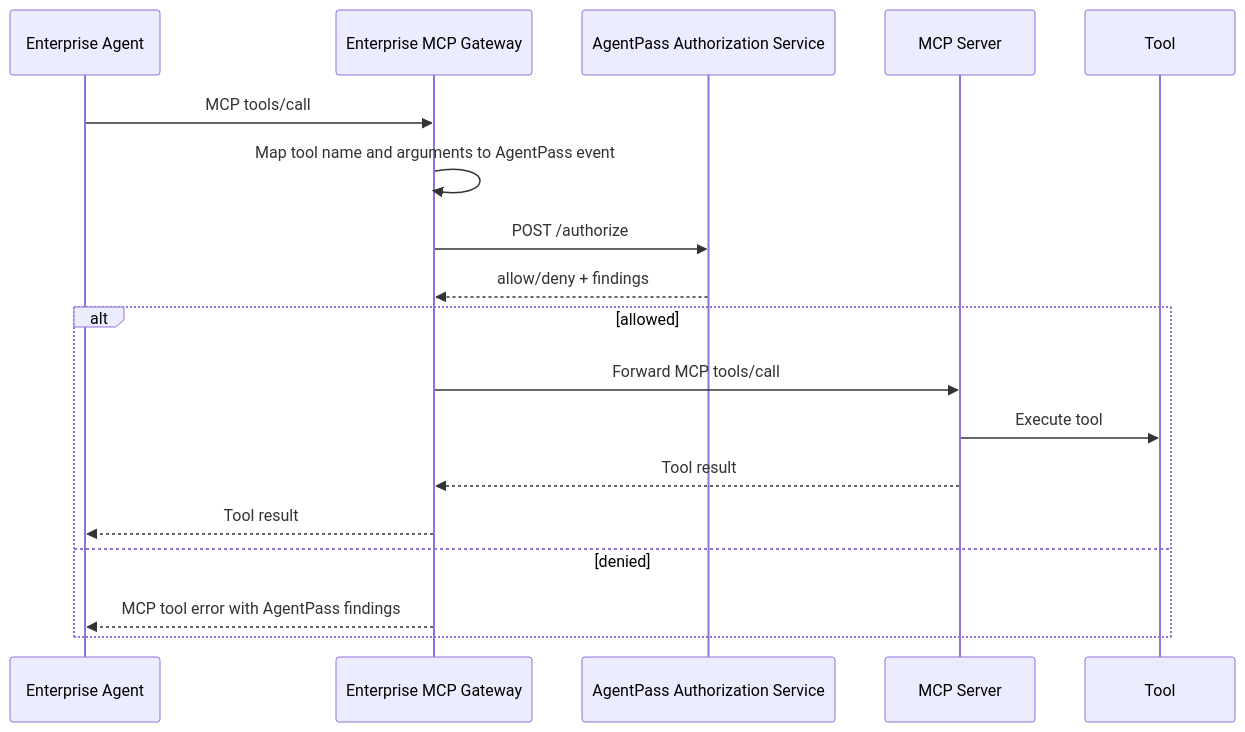
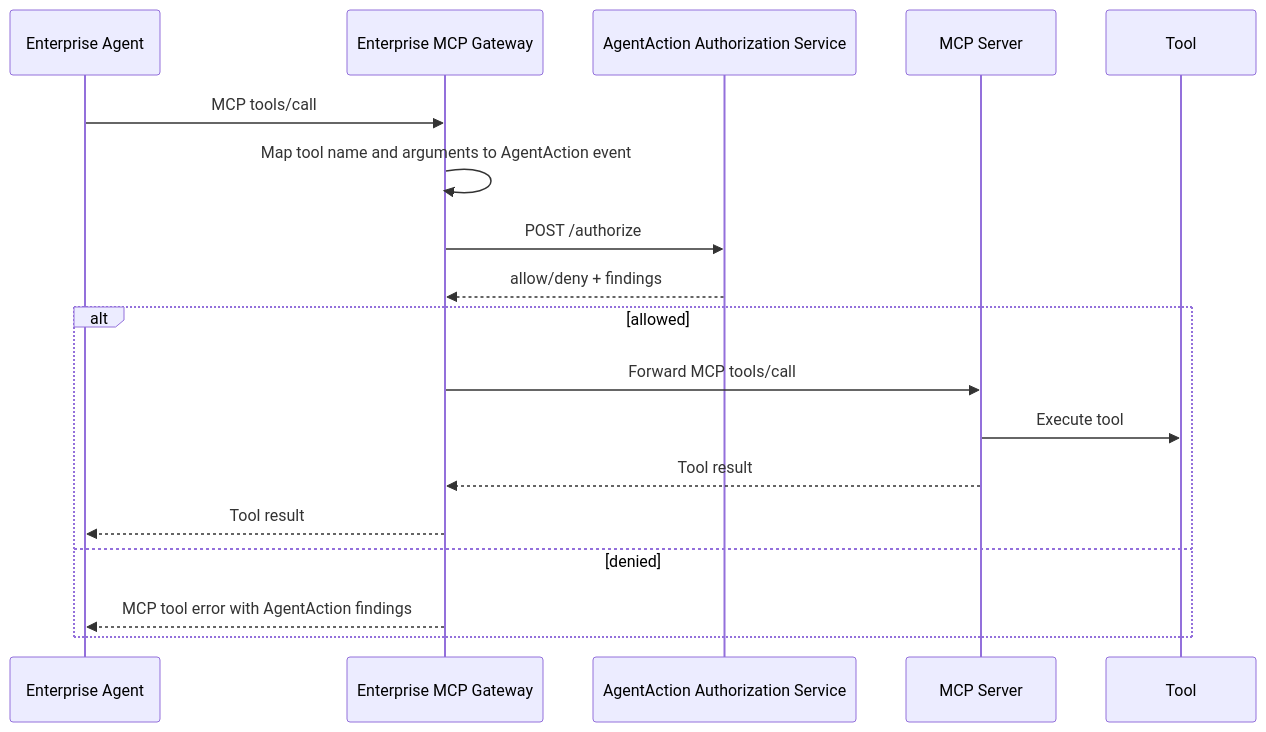
The diagram in docs/mcp-gateway-integration.md (dinpd/AgentAction), drawn with Mermaid before and after one commit. The commit also changed other lines of this file and 174 other files, not shown here.

Commit message:
Rename project to AgentAction (#106) (#107)

````diff
--- a/docs/mcp-gateway-integration.md
+++ b/docs/mcp-gateway-integration.md
@@ -37,21 +37,21 @@
 ```mermaid
 sequenceDiagram
     participant Agent as Enterprise Agent
     participant MCP as Enterprise MCP Gateway
-    participant AgentPass as AgentPass Authorization Service
+    participant AgentAction as AgentAction Authorization Service
     participant Server as MCP Server
     participant Tool as Tool
 
     Agent->>MCP: MCP tools/call
-    MCP->>MCP: Map tool name and arguments to AgentPass event
-    MCP->>AgentPass: POST /authorize
-    AgentPass-->>MCP: allow/deny + findings
+    MCP->>MCP: Map tool name and arguments to AgentAction event
+    MCP->>AgentAction: POST /authorize
+    AgentAction-->>MCP: allow/deny + findings
     alt allowed
         MCP->>Server: Forward MCP tools/call
         Server->>Tool: Execute tool
         Server-->>MCP: Tool result
         MCP-->>Agent: Tool result
     else denied
-        MCP-->>Agent: MCP tool error with AgentPass findings
+        MCP-->>Agent: MCP tool error with AgentAction findings
     end
 ```
````
